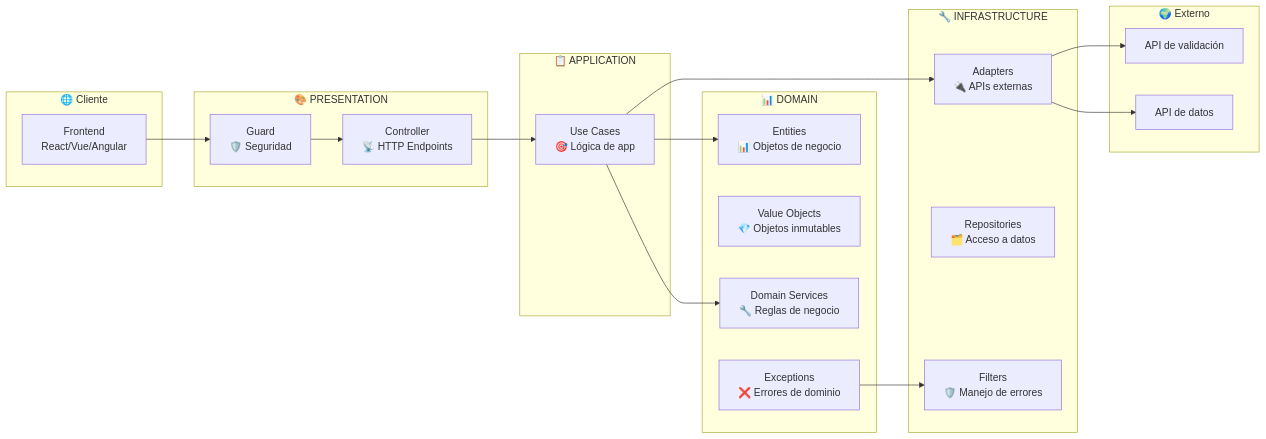
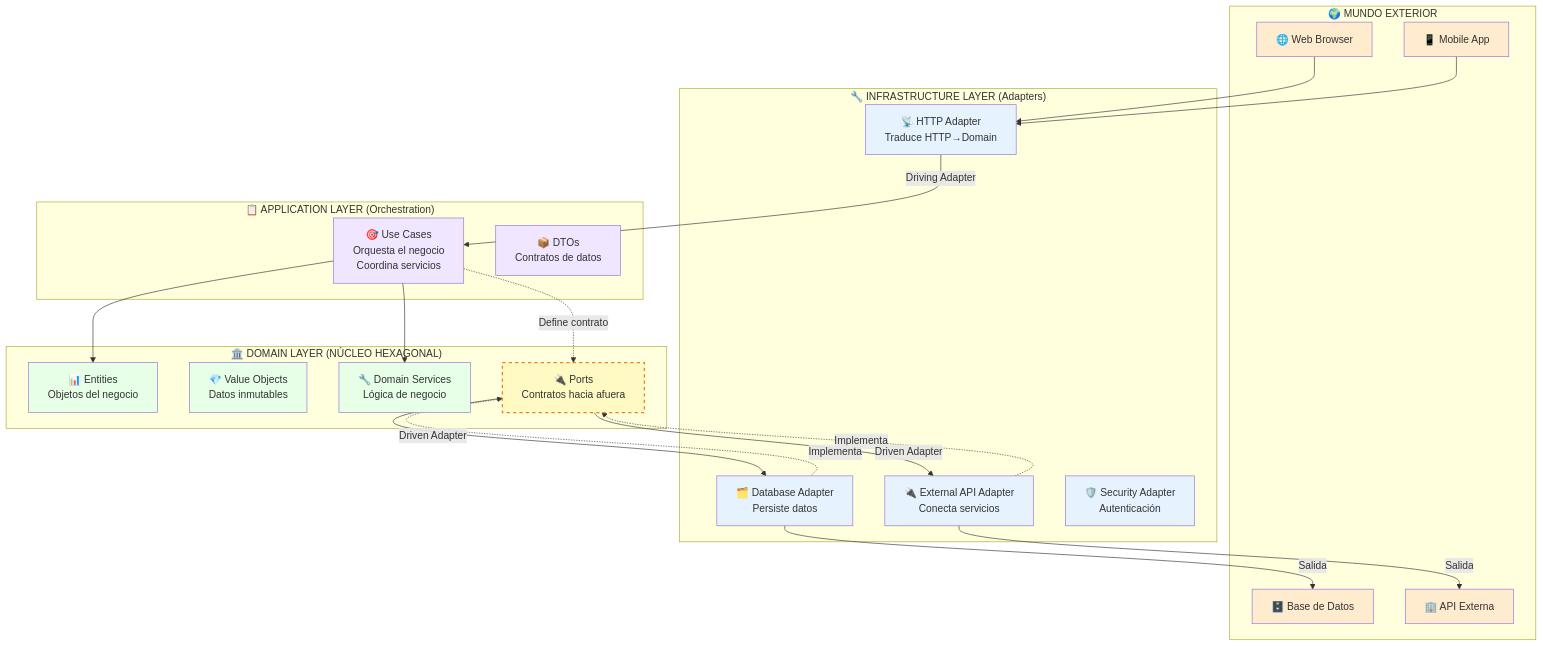
The first of 4 diagrams in README.md (GaianiMagali/BFF-NestJs), drawn with Mermaid before and after one commit. The commit also changed other lines of this file and 10 other files, not shown here.

````diff
--- a/README.md
+++ b/README.md
@@ -396,43 +28,61 @@
 ```mermaid
-graph LR
-    subgraph "🌐 Cliente"
-        FE[Frontend<br/>React/Vue/Angular]
+graph TB
+    subgraph "🌍 MUNDO EXTERIOR"
+        WEB[🌐 Web Browser]
+        API[📱 Mobile App]
+        DB[🗄️ Base de Datos]
+        EXT[🏢 API Externa]
     end
     
-    subgraph "🎨 PRESENTATION"
-        CTRL[Controller<br/>📡 HTTP Endpoints]
-        GUARD[Guard<br/>🛡️ Seguridad]
+    subgraph "🔧 INFRASTRUCTURE LAYER (Adapters)"
+        CTRL[📡 HTTP Adapter<br/>Traduce HTTP→Domain]
+        REPO[🗂️ Database Adapter<br/>Persiste datos]
+        ADAPT[🔌 External API Adapter<br/>Conecta servicios]
+        GUARD[🛡️ Security Adapter<br/>Autenticación]
     end
     
-    subgraph "📋 APPLICATION" 
-        UC[Use Cases<br/>🎯 Lógica de app]
+    subgraph "📋 APPLICATION LAYER (Orchestration)"
+        UC[🎯 Use Cases<br/>Orquesta el negocio<br/>Coordina servicios]
+        DTO[📦 DTOs<br/>Contratos de datos]
     end
     
-    subgraph "📊 DOMAIN"
-        ENT[Entities<br/>📊 Objetos de negocio]
-        VO[Value Objects<br/>💎 Objetos inmutables] 
-        DS[Domain Services<br/>🔧 Reglas de negocio]
-        EX[Exceptions<br/>❌ Errores de dominio]
+    subgraph "🏛️ DOMAIN LAYER (NÚCLEO HEXAGONAL)"
+        ENT[📊 Entities<br/>Objetos del negocio]
+        VO[💎 Value Objects<br/>Datos inmutables]
+        DS[🔧 Domain Services<br/>Lógica de negocio]
+        PORT[🔌 Ports<br/>Contratos hacia afuera]
     end
     
-    subgraph "🔧 INFRASTRUCTURE"
-        ADAPT[Adapters<br/>🔌 APIs externas]
-        REPO[Repositories<br/>🗂️ Acceso a datos]
-        FILT[Filters<br/>🛡️ Manejo de errores]
-    end
-    
-    subgraph "🌍 Externo"
-        API1[API de validación]
-        API2[API de datos]
-    end
-    
-    FE --> GUARD
-    GUARD --> CTRL
-    CTRL --> UC
+    %% Flujo hexagonal: exterior → adapters → puertos → dominio
+    WEB --> CTRL
+    API --> CTRL
+    CTRL -->|Driving Adapter| UC
     UC --> DS
     UC --> ENT
-    UC --> ADAPT
-    ADAPT --> API1
-    ADAPT --> API2
-    EX --> FILT
+    
+    %% Inversión de dependencias: dominio define puertos
+    UC -.->|Define contrato| PORT
+    ADAPT -.->|Implementa| PORT
+    REPO -.->|Implementa| PORT
+    
+    %% Adapters driven (conducidos por el dominio)
+    PORT -->|Driven Adapter| ADAPT
+    PORT -->|Driven Adapter| REPO
+    
+    %% Conexiones al mundo exterior
+    ADAPT -->|Salida| EXT
+    REPO -->|Salida| DB
+    
+    %% Estilos
+    classDef external fill:#ffebcd
+    classDef infrastructure fill:#e6f3ff
+    classDef application fill:#f0e6ff
+    classDef domain fill:#e6ffe6
+    classDef port fill:#fff9c4,stroke:#f57f17,stroke-width:2px,stroke-dasharray: 5 5
+    
+    class WEB,API,DB,EXT external
+    class CTRL,REPO,ADAPT,GUARD infrastructure
+    class UC,DTO application
+    class ENT,VO,DS domain
+    class PORT port
 ```
````
